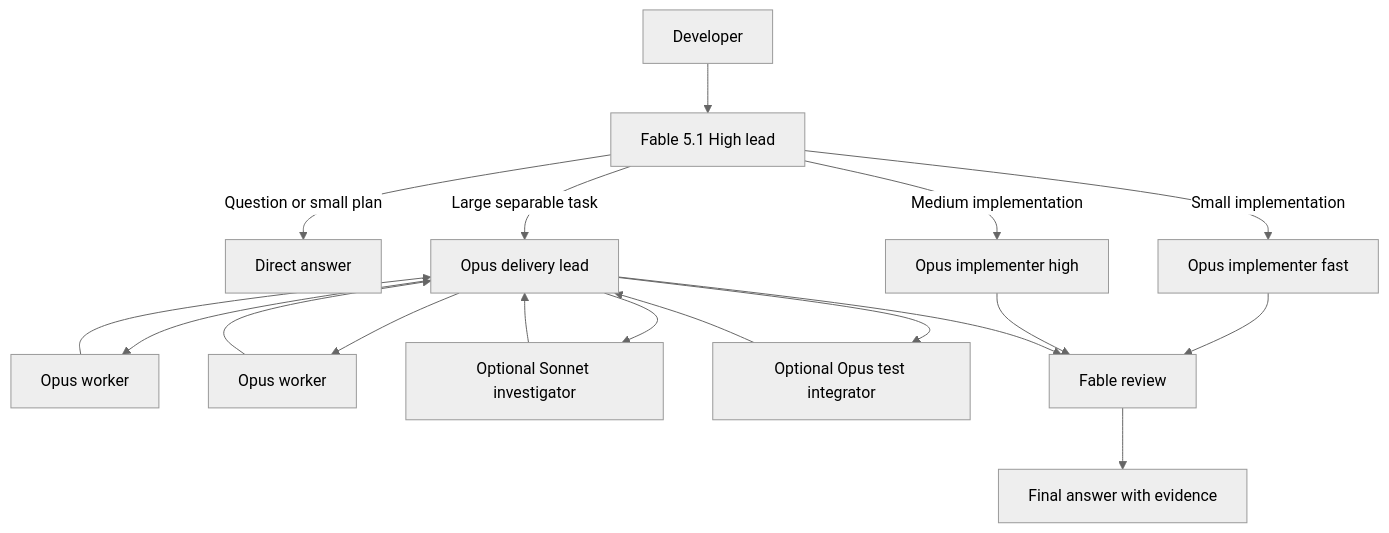
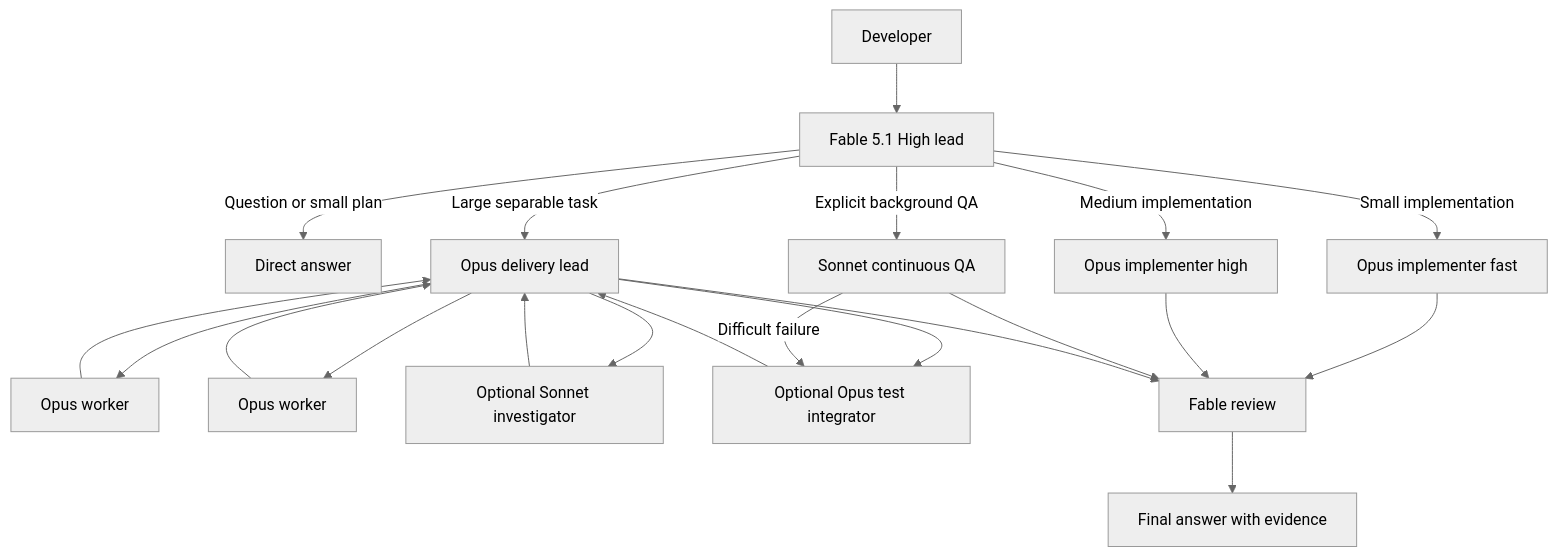
Before and after one commit to shrikrishna-skg/vs-code-configuration: the diagram in claude-code/README.md, drawn with Mermaid (neutral theme). The commit also changed other lines of this file and 5 other files, not shown here.

Commit message:
Add continuous QA background agent

````diff
--- a/claude-code/README.md
+++ b/claude-code/README.md
@@ -14,20 +14,23 @@
 ```mermaid
 flowchart TD
     U[Developer] --> F[Fable 5.1 High lead]
     F -->|Question or small plan| D[Direct answer]
     F -->|Small implementation| OF[Opus implementer fast]
     F -->|Medium implementation| OH[Opus implementer high]
     F -->|Large separable task| L[Opus delivery lead]
+    F -->|Explicit background QA| Q[Sonnet continuous QA]
     L --> W1[Opus worker]
     L --> W2[Opus worker]
     L --> S[Optional Sonnet investigator]
     L --> T[Optional Opus test integrator]
+    Q -->|Difficult failure| T
     OF --> R[Fable review]
     OH --> R
     W1 --> L
     W2 --> L
     S --> L
     T --> L
+    Q --> R
     L --> R
     R --> A[Final answer with evidence]
 ```
````
